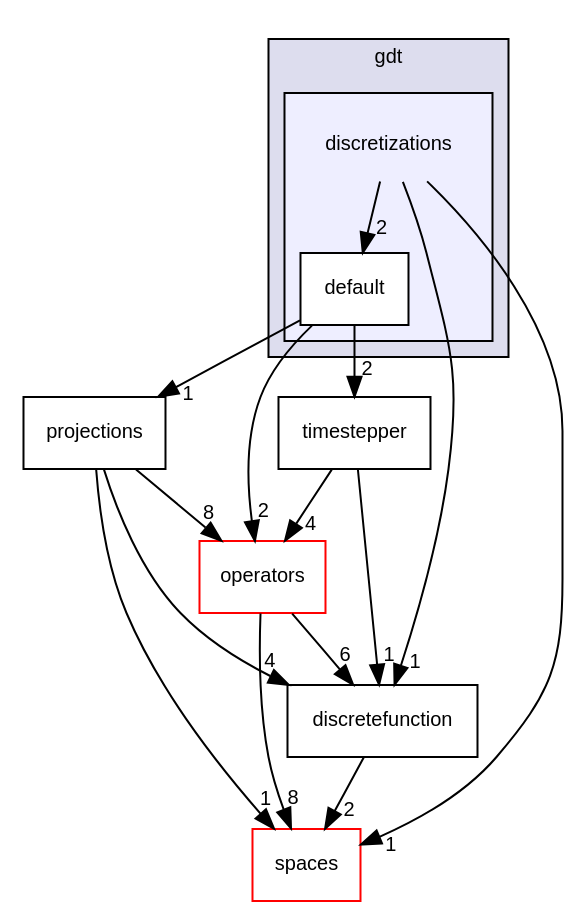
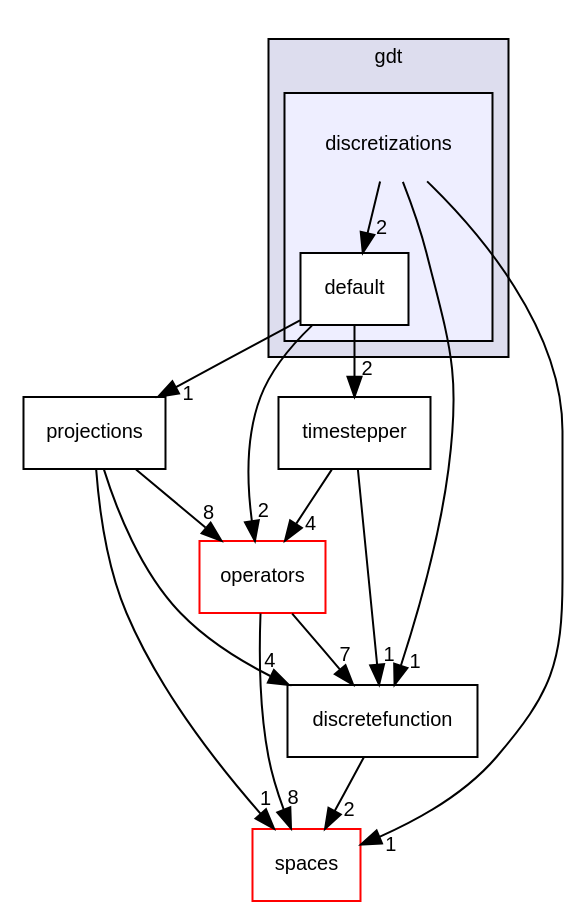
One commit to dune-community/dune-community.github.io changed the diagram in docs/dune-gdt/master/dir_41d9f5b39c5179ec920a2832d15c1859_dep.dot. Above: the diagram before and after it, drawn with Graphviz. The commit also changed 3659 other files, not shown here.

```diff
--- a/docs/dune-gdt/master/dir_41d9f5b39c5179ec920a2832d15c1859_dep.dot
+++ b/docs/dune-gdt/master/dir_41d9f5b39c5179ec920a2832d15c1859_dep.dot
@@ -1,32 +1,32 @@
 digraph "discretizations" {
   compound=true
   node [ fontsize="10", fontname="Helvetica"];
   edge [ labelfontsize="10", labelfontname="Helvetica"];
   subgraph clusterdir_34906b46abd2322068aa0195bd244708 {
     graph [ bgcolor="#ddddee", pencolor="black", label="gdt" fontname="Helvetica", fontsize="10", URL="dir_34906b46abd2322068aa0195bd244708.html"]
   subgraph clusterdir_41d9f5b39c5179ec920a2832d15c1859 {
     graph [ bgcolor="#eeeeff", pencolor="black", label="" URL="dir_41d9f5b39c5179ec920a2832d15c1859.html"];
     dir_41d9f5b39c5179ec920a2832d15c1859 [shape=plaintext label="discretizations"];
     dir_f9bbd6e2e57b25448e7fd38e311707ee [shape=box label="default" color="black" fillcolor="white" style="filled" URL="dir_f9bbd6e2e57b25448e7fd38e311707ee.html"];
   }
   }
   dir_422e9240d05ce838e6f6483d1fde367d [shape=box label="projections" URL="dir_422e9240d05ce838e6f6483d1fde367d.html"];
   dir_e555b9af892587a8ff0beb600029e8f8 [shape=box label="discretefunction" URL="dir_e555b9af892587a8ff0beb600029e8f8.html"];
   dir_43d0cc378a1b7044a9ebea179385123e [shape=box label="spaces" fillcolor="white" style="filled" color="red" URL="dir_43d0cc378a1b7044a9ebea179385123e.html"];
   dir_8eae17099f455a1cfbd2c25e13098b8a [shape=box label="operators" fillcolor="white" style="filled" color="red" URL="dir_8eae17099f455a1cfbd2c25e13098b8a.html"];
   dir_af7047e8b8f103b627ea592a78989197 [shape=box label="timestepper" URL="dir_af7047e8b8f103b627ea592a78989197.html"];
-  dir_422e9240d05ce838e6f6483d1fde367d->dir_e555b9af892587a8ff0beb600029e8f8 [headlabel="4", labeldistance=1.5 headhref="dir_000025_000016.html"];
-  dir_422e9240d05ce838e6f6483d1fde367d->dir_43d0cc378a1b7044a9ebea179385123e [headlabel="1", labeldistance=1.5 headhref="dir_000025_000014.html"];
-  dir_422e9240d05ce838e6f6483d1fde367d->dir_8eae17099f455a1cfbd2c25e13098b8a [headlabel="8", labeldistance=1.5 headhref="dir_000025_000005.html"];
-  dir_f9bbd6e2e57b25448e7fd38e311707ee->dir_422e9240d05ce838e6f6483d1fde367d [headlabel="1", labeldistance=1.5 headhref="dir_000027_000025.html"];
-  dir_f9bbd6e2e57b25448e7fd38e311707ee->dir_8eae17099f455a1cfbd2c25e13098b8a [headlabel="2", labeldistance=1.5 headhref="dir_000027_000005.html"];
-  dir_f9bbd6e2e57b25448e7fd38e311707ee->dir_af7047e8b8f103b627ea592a78989197 [headlabel="2", labeldistance=1.5 headhref="dir_000027_000004.html"];
-  dir_e555b9af892587a8ff0beb600029e8f8->dir_43d0cc378a1b7044a9ebea179385123e [headlabel="2", labeldistance=1.5 headhref="dir_000016_000014.html"];
-  dir_8eae17099f455a1cfbd2c25e13098b8a->dir_e555b9af892587a8ff0beb600029e8f8 [headlabel="6", labeldistance=1.5 headhref="dir_000005_000016.html"];
-  dir_8eae17099f455a1cfbd2c25e13098b8a->dir_43d0cc378a1b7044a9ebea179385123e [headlabel="8", labeldistance=1.5 headhref="dir_000005_000014.html"];
-  dir_af7047e8b8f103b627ea592a78989197->dir_e555b9af892587a8ff0beb600029e8f8 [headlabel="1", labeldistance=1.5 headhref="dir_000004_000016.html"];
-  dir_af7047e8b8f103b627ea592a78989197->dir_8eae17099f455a1cfbd2c25e13098b8a [headlabel="4", labeldistance=1.5 headhref="dir_000004_000005.html"];
-  dir_41d9f5b39c5179ec920a2832d15c1859->dir_f9bbd6e2e57b25448e7fd38e311707ee [headlabel="2", labeldistance=1.5 headhref="dir_000017_000027.html"];
-  dir_41d9f5b39c5179ec920a2832d15c1859->dir_e555b9af892587a8ff0beb600029e8f8 [headlabel="1", labeldistance=1.5 headhref="dir_000017_000016.html"];
-  dir_41d9f5b39c5179ec920a2832d15c1859->dir_43d0cc378a1b7044a9ebea179385123e [headlabel="1", labeldistance=1.5 headhref="dir_000017_000014.html"];
+  dir_422e9240d05ce838e6f6483d1fde367d->dir_e555b9af892587a8ff0beb600029e8f8 [headlabel="4", labeldistance=1.5 headhref="dir_000023_000014.html"];
+  dir_422e9240d05ce838e6f6483d1fde367d->dir_43d0cc378a1b7044a9ebea179385123e [headlabel="1", labeldistance=1.5 headhref="dir_000023_000012.html"];
+  dir_422e9240d05ce838e6f6483d1fde367d->dir_8eae17099f455a1cfbd2c25e13098b8a [headlabel="8", labeldistance=1.5 headhref="dir_000023_000007.html"];
+  dir_f9bbd6e2e57b25448e7fd38e311707ee->dir_422e9240d05ce838e6f6483d1fde367d [headlabel="1", labeldistance=1.5 headhref="dir_000026_000023.html"];
+  dir_f9bbd6e2e57b25448e7fd38e311707ee->dir_8eae17099f455a1cfbd2c25e13098b8a [headlabel="2", labeldistance=1.5 headhref="dir_000026_000007.html"];
+  dir_f9bbd6e2e57b25448e7fd38e311707ee->dir_af7047e8b8f103b627ea592a78989197 [headlabel="2", labeldistance=1.5 headhref="dir_000026_000004.html"];
+  dir_e555b9af892587a8ff0beb600029e8f8->dir_43d0cc378a1b7044a9ebea179385123e [headlabel="2", labeldistance=1.5 headhref="dir_000014_000012.html"];
+  dir_8eae17099f455a1cfbd2c25e13098b8a->dir_e555b9af892587a8ff0beb600029e8f8 [headlabel="7", labeldistance=1.5 headhref="dir_000007_000014.html"];
+  dir_8eae17099f455a1cfbd2c25e13098b8a->dir_43d0cc378a1b7044a9ebea179385123e [headlabel="8", labeldistance=1.5 headhref="dir_000007_000012.html"];
+  dir_af7047e8b8f103b627ea592a78989197->dir_e555b9af892587a8ff0beb600029e8f8 [headlabel="1", labeldistance=1.5 headhref="dir_000004_000014.html"];
+  dir_af7047e8b8f103b627ea592a78989197->dir_8eae17099f455a1cfbd2c25e13098b8a [headlabel="4", labeldistance=1.5 headhref="dir_000004_000007.html"];
+  dir_41d9f5b39c5179ec920a2832d15c1859->dir_f9bbd6e2e57b25448e7fd38e311707ee [headlabel="2", labeldistance=1.5 headhref="dir_000015_000026.html"];
+  dir_41d9f5b39c5179ec920a2832d15c1859->dir_e555b9af892587a8ff0beb600029e8f8 [headlabel="1", labeldistance=1.5 headhref="dir_000015_000014.html"];
+  dir_41d9f5b39c5179ec920a2832d15c1859->dir_43d0cc378a1b7044a9ebea179385123e [headlabel="1", labeldistance=1.5 headhref="dir_000015_000012.html"];
 }
```
